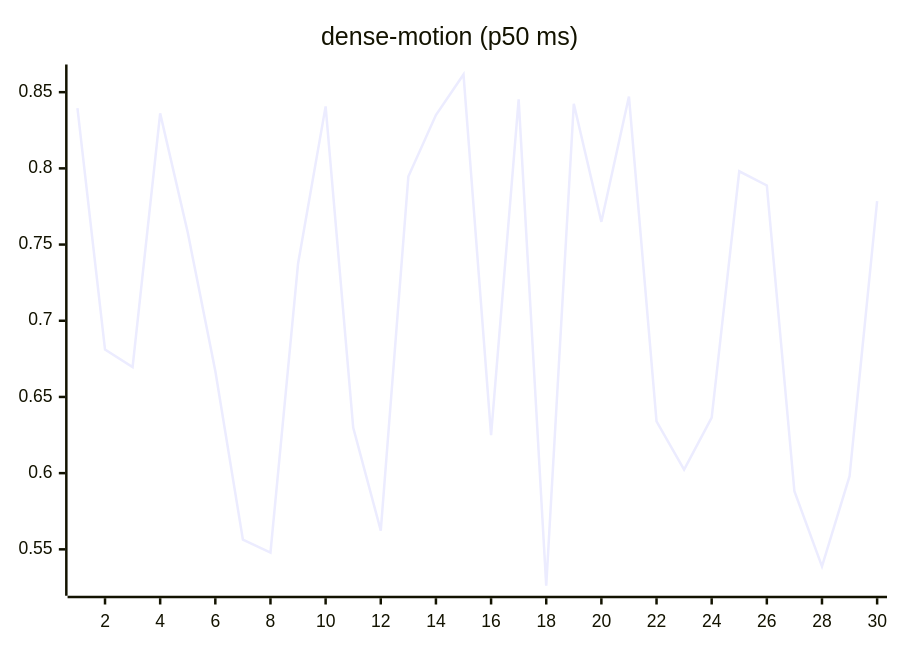
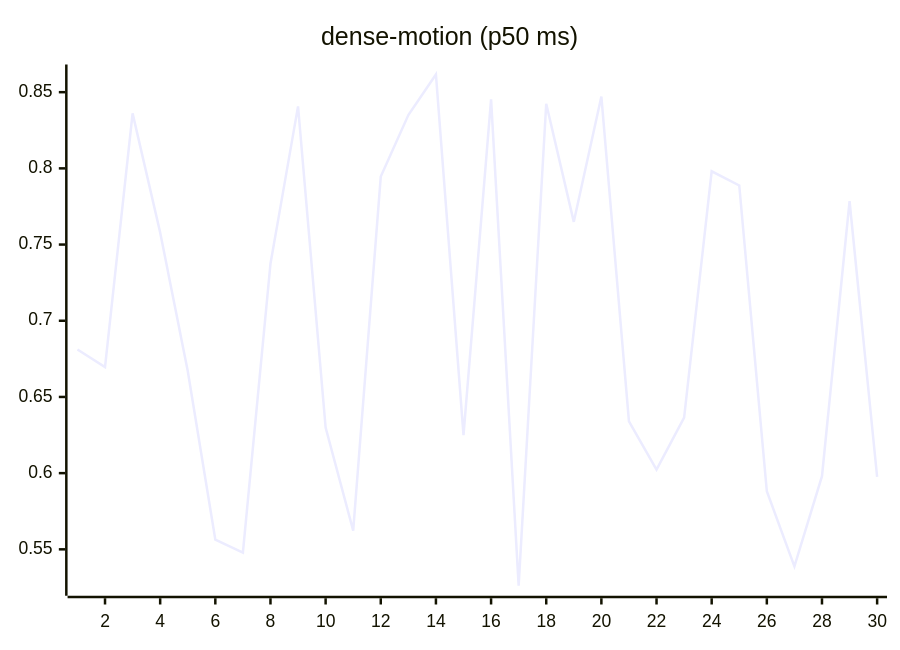
The ninth of 27 diagrams in README.md (josha/Facet), drawn with Mermaid before and after one commit. The commit also changed other lines of this file and 2 other files, not shown here.

````diff
--- a/README.md
+++ b/README.md
@@ -119,6 +119,6 @@
 ```mermaid
 xychart-beta
     title "dense-motion (p50 ms)"
     x-axis 1 --> 30
-    line [0.8396, 0.6811, 0.6696, 0.8361, 0.7579, 0.6670, 0.5564, 0.5479, 0.7374, 0.8407, 0.6299, 0.5623, 0.7946, 0.8350, 0.8616, 0.6249, 0.8453, 0.5261, 0.8424, 0.7649, 0.8471, 0.6340, 0.6023, 0.6364, 0.7981, 0.7888, 0.5881, 0.5388, 0.5980, 0.7785]
+    line [0.6811, 0.6696, 0.8361, 0.7579, 0.6670, 0.5564, 0.5479, 0.7374, 0.8407, 0.6299, 0.5623, 0.7946, 0.8350, 0.8616, 0.6249, 0.8453, 0.5261, 0.8424, 0.7649, 0.8471, 0.6340, 0.6023, 0.6364, 0.7981, 0.7888, 0.5881, 0.5388, 0.5980, 0.7785, 0.5976]
 ```
````
